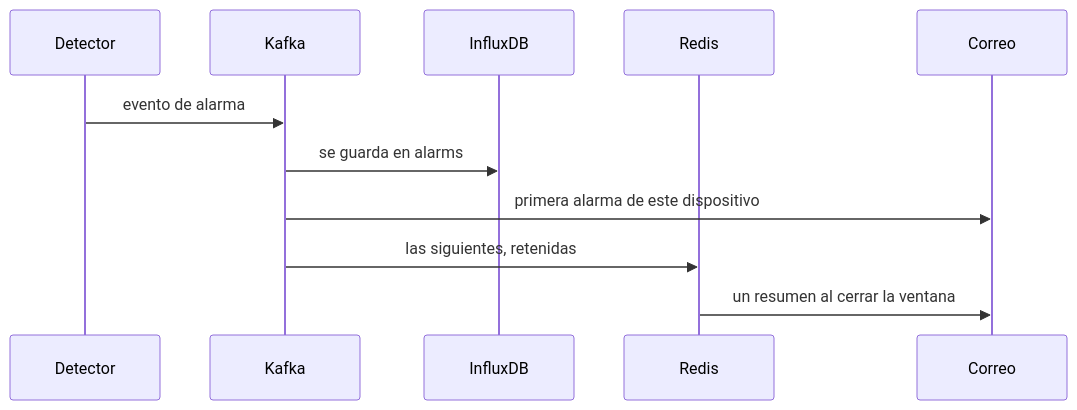
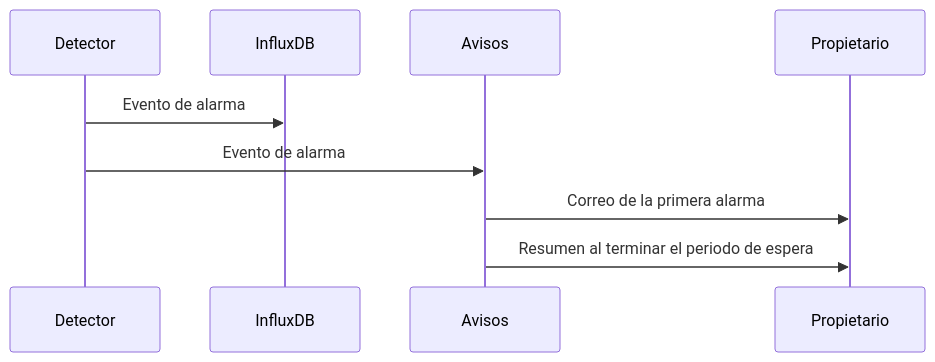
The diagram in apps/web/content/docs/es/quality.mdx (sensical-coop/mesh-things-apps), drawn with Mermaid before and after one commit. The commit also changed other lines of this file and 27 other files, not shown here.

````diff
--- a/apps/web/content/docs/es/quality.mdx
+++ b/apps/web/content/docs/es/quality.mdx
@@ -10,13 +10,11 @@
 ```mermaid
 sequenceDiagram
   participant Detector
-  participant Kafka
-  participant Influx as InfluxDB
-  participant Redis
-  participant Mail as Correo
-  Detector->>Kafka: evento de alarma
-  Kafka->>Influx: se guarda en alarms
-  Kafka->>Mail: primera alarma de este dispositivo
-  Kafka->>Redis: las siguientes, retenidas
-  Redis->>Mail: un resumen al cerrar la ventana
+  participant Store as InfluxDB
+  participant Notifier as Avisos
+  participant Owner as Propietario
+  Detector->>Store: Evento de alarma
+  Detector->>Notifier: Evento de alarma
+  Notifier->>Owner: Correo de la primera alarma
+  Notifier->>Owner: Resumen al terminar el periodo de espera
 ```
````
